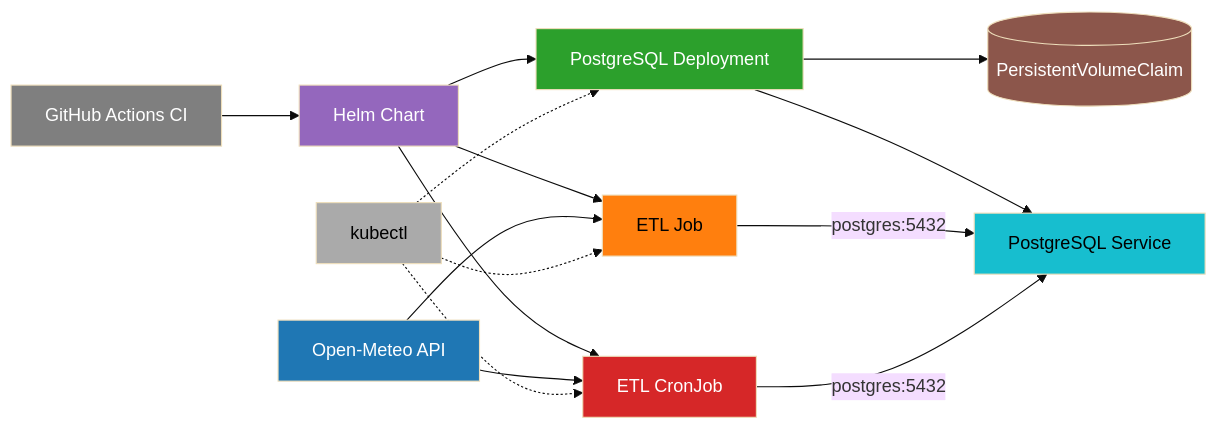
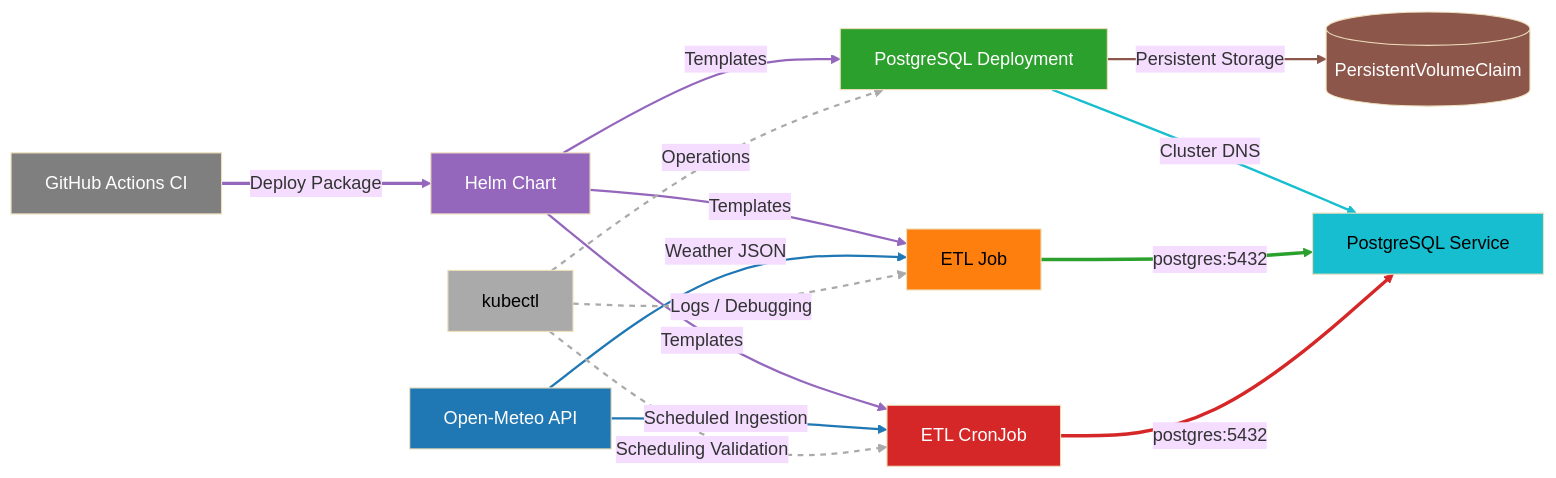
Before and after one commit to naseanh/de-01-api-to-db: the sixth of 6 diagrams in docs/architecture.md, drawn with Mermaid.

Commit message:
updated mermaid diagram

````diff
--- a/docs/architecture.md
+++ b/docs/architecture.md
@@ -172,32 +172,50 @@
 ```mermaid
 %%{init: {'theme': 'base'}}%%
 flowchart LR
-    A[GitHub Actions CI]:::ci --> B[Helm Chart]:::helm
+    A[GitHub Actions CI]:::ci -->|Deploy Package| B[Helm Chart]:::helm
 
-    B --> C[PostgreSQL Deployment]:::db
-    B --> D[ETL Job]:::job
-    B --> E[ETL CronJob]:::cron
+    B -->|Templates| C[PostgreSQL Deployment]:::db
+    B -->|Templates| D[ETL Job]:::job
+    B -->|Templates| E[ETL CronJob]:::cron
 
-    C --> F[(PersistentVolumeClaim)]:::storage
-    C --> G[PostgreSQL Service]:::network
+    C -->|Persistent Storage| F[(PersistentVolumeClaim)]:::storage
+    C -->|Cluster DNS| G[PostgreSQL Service]:::network
 
     D -->|postgres:5432| G
     E -->|postgres:5432| G
 
-    H[Open-Meteo API]:::api --> D
-    H --> E
+    H[Open-Meteo API]:::api -->|Weather JSON| D
+    H -->|Scheduled Ingestion| E
 
-    I[kubectl]:::tool -.-> C
-    I -.-> D
-    I -.-> E
+    I[kubectl]:::tool -.->|Operations| C
+    I -.->|Logs / Debugging| D
+    I -.->|Scheduling Validation| E
 
     classDef api fill:#1f77b4,color:#fff
     classDef db fill:#2ca02c,color:#fff
     classDef storage fill:#8c564b,color:#fff
     classDef network fill:#17becf,color:#000
     classDef job fill:#ff7f0e,color:#000
     classDef cron fill:#d62728,color:#fff
     classDef helm fill:#9467bd,color:#fff
     classDef ci fill:#7f7f7f,color:#fff
     classDef tool fill:#aaaaaa,color:#000
+
+    linkStyle 0 stroke:#9467bd,stroke-width:3px
+    linkStyle 1 stroke:#9467bd,stroke-width:2px
+    linkStyle 2 stroke:#9467bd,stroke-width:2px
+    linkStyle 3 stroke:#9467bd,stroke-width:2px
+
+    linkStyle 4 stroke:#8c564b,stroke-width:2px
+    linkStyle 5 stroke:#17becf,stroke-width:2px
+
+    linkStyle 6 stroke:#2ca02c,stroke-width:3px
+    linkStyle 7 stroke:#d62728,stroke-width:3px
+
+    linkStyle 8 stroke:#1f77b4,stroke-width:2px
+    linkStyle 9 stroke:#1f77b4,stroke-width:2px
+
+    linkStyle 10 stroke:#aaaaaa,stroke-width:2px,stroke-dasharray: 5 5
+    linkStyle 11 stroke:#aaaaaa,stroke-width:2px,stroke-dasharray: 5 5
+    linkStyle 12 stroke:#aaaaaa,stroke-width:2px,stroke-dasharray: 5 5
 ```
````
